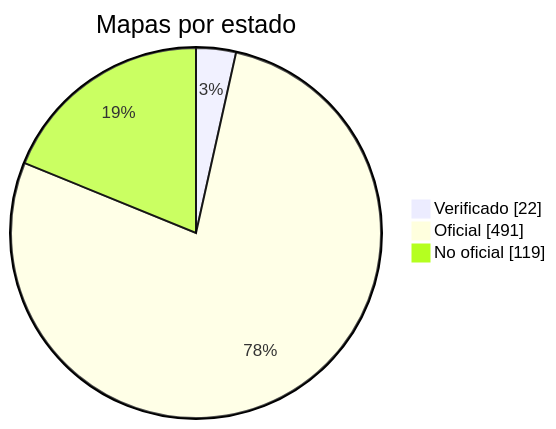
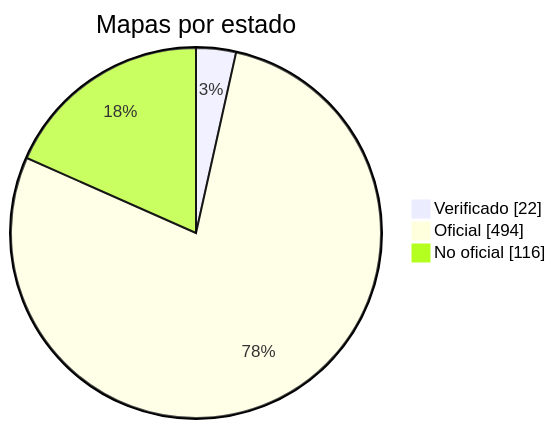
One commit to nobrega8/mbmap-library changed the diagram in docs/readme/README_ES.md. Above: the diagram before and after it, drawn with Mermaid. The commit also changed 8 other files, not shown here.

````diff
--- a/docs/readme/README_ES.md
+++ b/docs/readme/README_ES.md
@@ -54,7 +54,7 @@
 ```mermaid
 pie showData
     title Mapas por estado
     "Verificado" : 22
-    "Oficial" : 491
-    "No oficial" : 119
+    "Oficial" : 494
+    "No oficial" : 116
 ```
````
